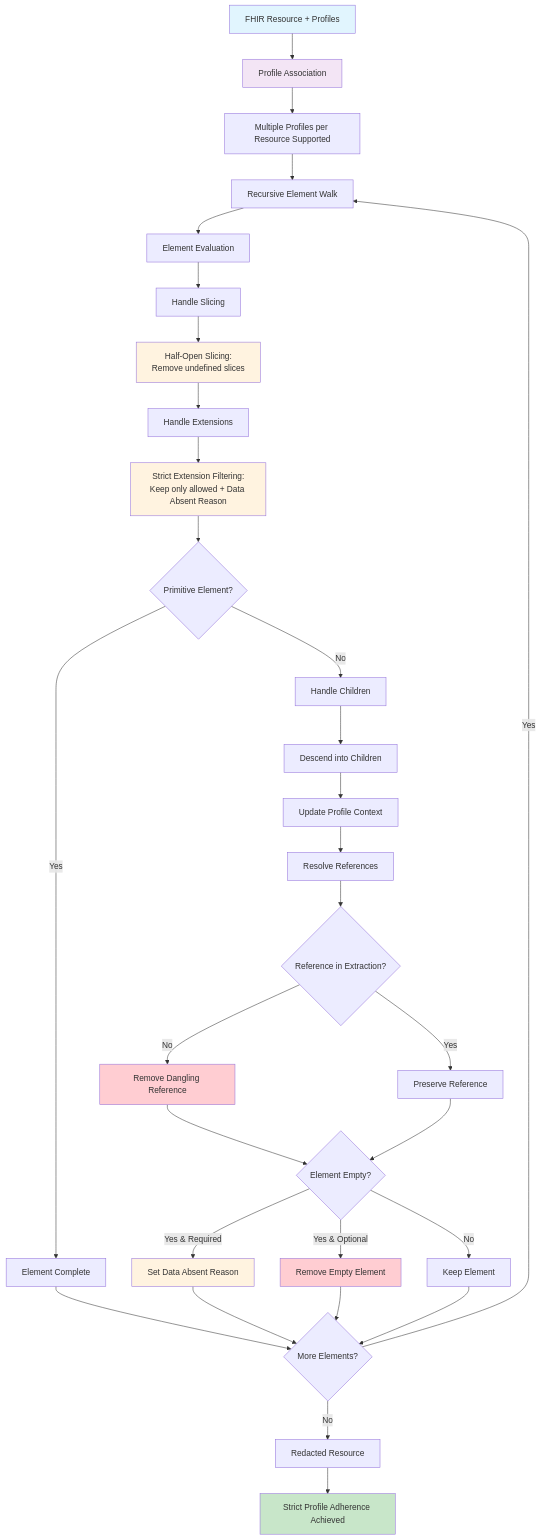
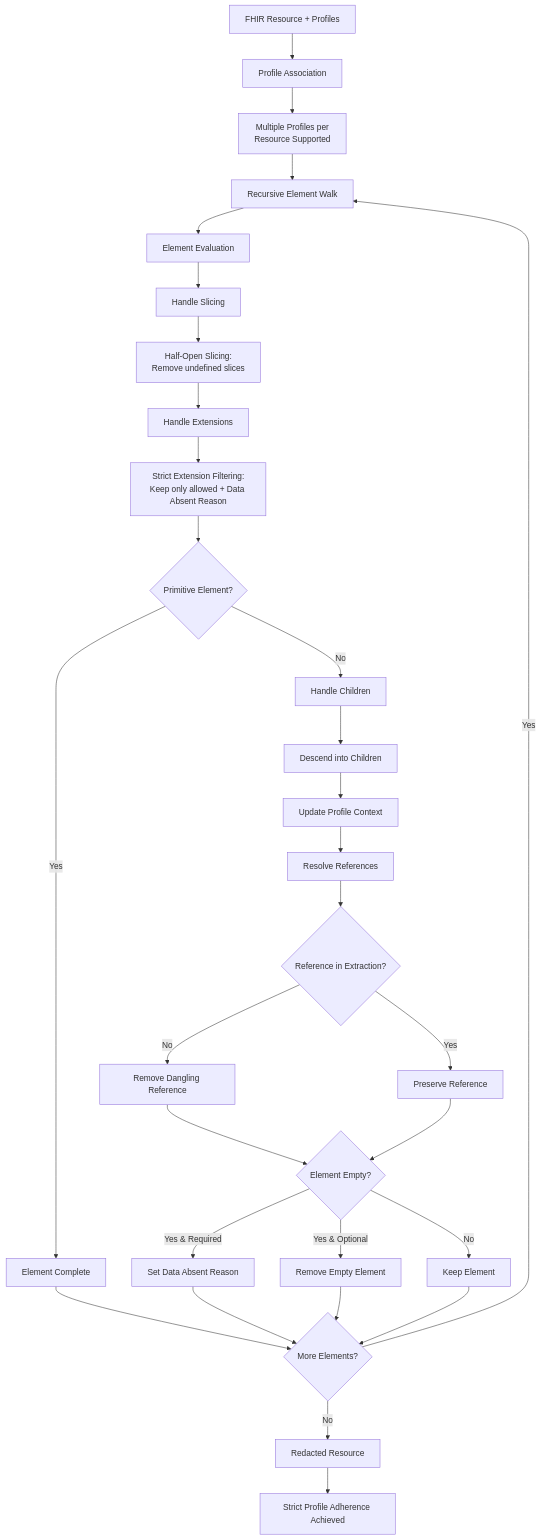
One commit to medizininformatik-initiative/torch changed the diagram in docs/implementation/redaction.md. Above: the diagram before and after it, drawn with Mermaid. The commit also changed 9 other files, not shown here.

````diff
--- a/docs/implementation/redaction.md
+++ b/docs/implementation/redaction.md
@@ -89,40 +89,37 @@
 ```mermaid
 flowchart TD
 	A[FHIR Resource + Profiles] --> B[Profile Association]
-    B --> C[Multiple Profiles per Resource Supported]
+    B --> C["Multiple Profiles per<br/>Resource Supported"]
     C --> D[Recursive Element Walk]
     D --> E[Element Evaluation]
     E --> F[Handle Slicing]
     F --> G["Half-Open Slicing:<br/>Remove undefined slices"]
     G --> H[Handle Extensions]
     H --> I["Strict Extension Filtering:<br/>Keep only allowed + Data Absent Reason"]
     I --> J{Primitive Element?}
     J -->|Yes| K[Element Complete]
     J -->|No| L[Handle Children]
     L --> M[Descend into Children]
     M --> N[Update Profile Context]
     N --> O[Resolve References]
     O --> P{Reference in Extraction?}
     P -->|No| Q[Remove Dangling Reference]
     P -->|Yes| R[Preserve Reference]
     Q --> S{Element Empty?}
     R --> S
     S -->|Yes & Required| T[Set Data Absent Reason]
     S -->|Yes & Optional| U[Remove Empty Element]
     S -->|No| V[Keep Element]
     K --> W{More Elements?}
     T --> W
     U --> W
     V --> W
     W -->|Yes| D
 	W -->|No| X[Redacted Resource]
     X --> Y[Strict Profile Adherence Achieved]
-    style A fill: #e1f5fe
-    style B fill: #f3e5f5
-    style G fill: #fff3e0
-    style I fill: #fff3e0
-    style Q fill: #ffcdd2
-    style T fill: #fff3e0
-    style U fill: #ffcdd2
-    style Y fill: #c8e6c9
+    class A infoNode
+    class B assocNode
+    class G,I,T sliceNode
+    class Q,U errorNode
+    class Y successNode
 ```
````
